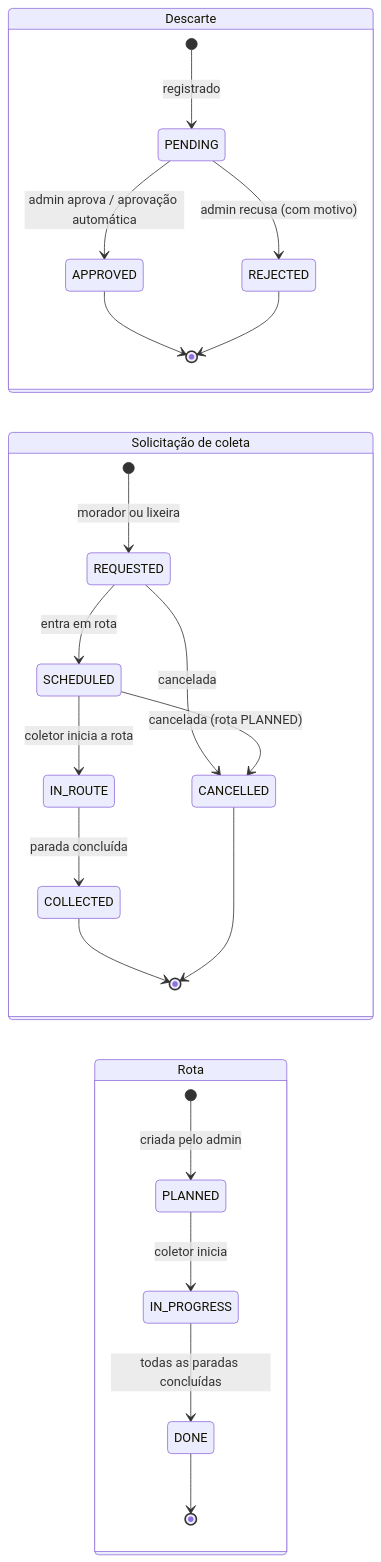
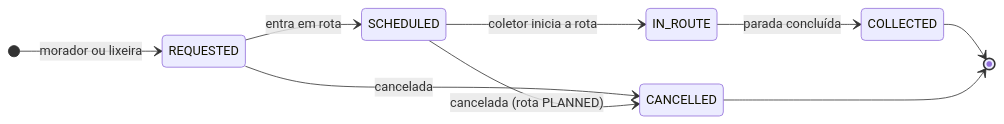
Before and after one commit to Leandro-Rafael/ExpoTech2.0_2026: diagram 19 of 20 in docs/FLUXOGRAMA.md, drawn with Mermaid. The commit also changed other lines of this file and 84 other files, not shown here.

Commit message:
Documentação final (diagramas re-renderizados), caminhão com portas traseiras na landing, cache de estáticos e iniciar.bat

````diff
--- a/docs/FLUXOGRAMA.md
+++ b/docs/FLUXOGRAMA.md
@@ -647,27 +727,12 @@
 ```mermaid
 stateDiagram-v2
     direction LR
-    state "Descarte" as D {
-        [*] --> PENDING : registrado
-        PENDING --> APPROVED : admin aprova / aprovação automática
-        PENDING --> REJECTED : admin recusa (com motivo)
-        APPROVED --> [*]
-        REJECTED --> [*]
-    }
-    state "Solicitação de coleta" as C {
-        [*] --> REQUESTED : morador ou lixeira
-        REQUESTED --> SCHEDULED : entra em rota
-        REQUESTED --> CANCELLED : cancelada
-        SCHEDULED --> CANCELLED : cancelada (rota PLANNED)
-        SCHEDULED --> IN_ROUTE : coletor inicia a rota
-        IN_ROUTE --> COLLECTED : parada concluída
-        COLLECTED --> [*]
-        CANCELLED --> [*]
-    }
-    state "Rota" as R {
-        [*] --> PLANNED : criada pelo admin
-        PLANNED --> IN_PROGRESS : coletor inicia
-        IN_PROGRESS --> DONE : todas as paradas concluídas
-        DONE --> [*]
-    }
+    [*] --> REQUESTED : morador ou lixeira
+    REQUESTED --> SCHEDULED : entra em rota
+    REQUESTED --> CANCELLED : cancelada
+    SCHEDULED --> CANCELLED : cancelada (rota PLANNED)
+    SCHEDULED --> IN_ROUTE : coletor inicia a rota
+    IN_ROUTE --> COLLECTED : parada concluída
+    COLLECTED --> [*]
+    CANCELLED --> [*]
 ```
````
